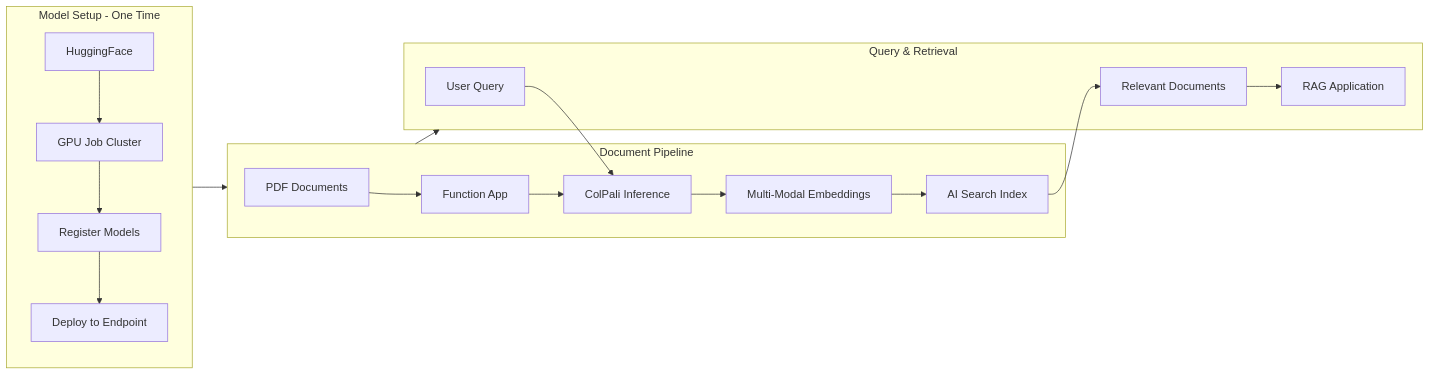
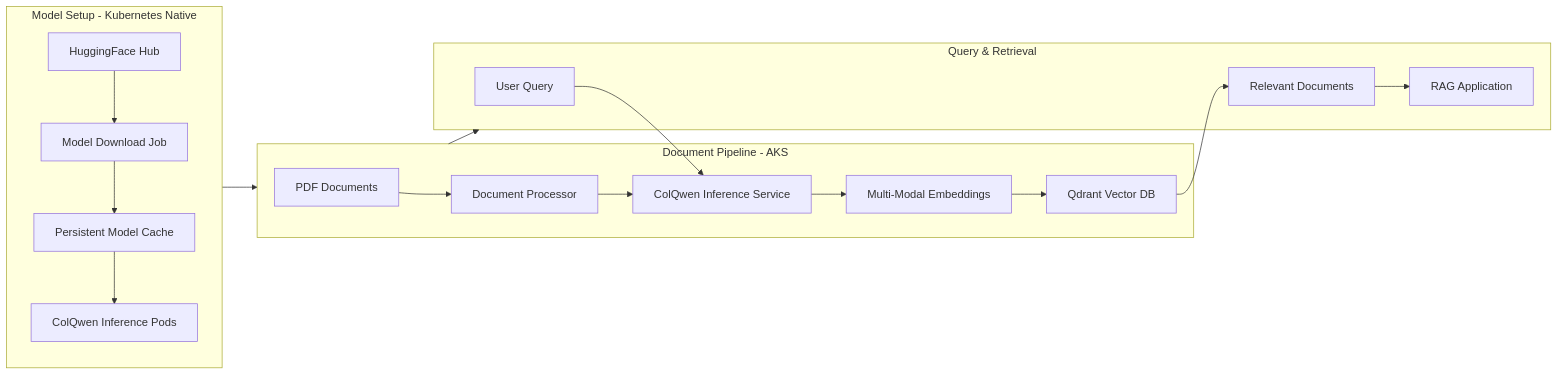
The diagram in README.md (microsoft/multi-modal-rag-with-colpali), drawn with Mermaid before and after one commit. The commit also changed other lines of this file and 83 other files, not shown here.

First line of the commit message:
Move hosting of QDRANT and Doc Processor to AKS (#21)

````diff
--- a/README.md
+++ b/README.md
@@ -7,24 +7,24 @@
 ```mermaid
 flowchart LR
-    subgraph Setup[Model Setup - One Time]
-        HF[HuggingFace] --> JOB[GPU Job Cluster]
-        JOB --> REG[Register Models]
-        REG --> DEPLOY[Deploy to Endpoint]
+    subgraph Setup[Model Setup - Kubernetes Native]
+        HF[HuggingFace Hub] --> DOWNLOAD[Model Download Job]
+        DOWNLOAD --> CACHE[Persistent Model Cache]
+        CACHE --> DEPLOY[ColQwen Inference Pods]
     end
 
-    subgraph Processing[Document Pipeline]
-        PDF[PDF Documents] --> FUNC[Function App]
-        FUNC --> ENDPOINT[ColPali Inference]
-        ENDPOINT --> EMBED[Multi-Modal Embeddings]
-        EMBED --> SEARCH[AI Search Index]
+    subgraph Processing[Document Pipeline - AKS]
+        PDF[PDF Documents] --> DOCPROC[Document Processor]
+        DOCPROC --> COLQWEN[ColQwen Inference Service]
+        COLQWEN --> EMBED[Multi-Modal Embeddings]
+        EMBED --> QDRANT[Qdrant Vector DB]
     end
 
     subgraph Query[Query & Retrieval]
-        USER[User Query] --> ENDPOINT
-        SEARCH --> RESULTS[Relevant Documents]
+        USER[User Query] --> COLQWEN
+        QDRANT --> RESULTS[Relevant Documents]
         RESULTS --> RAG[RAG Application]
     end
 
     Setup --> Processing
     Processing --> Query
 ```
````
